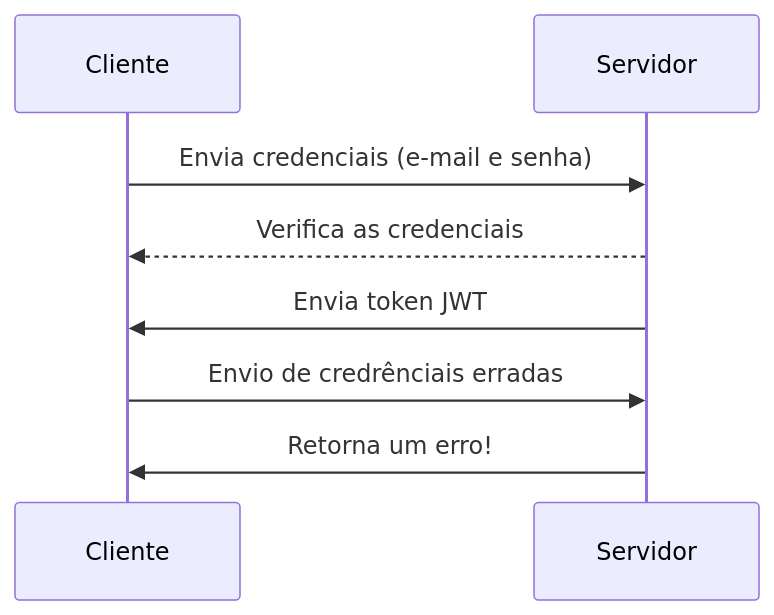
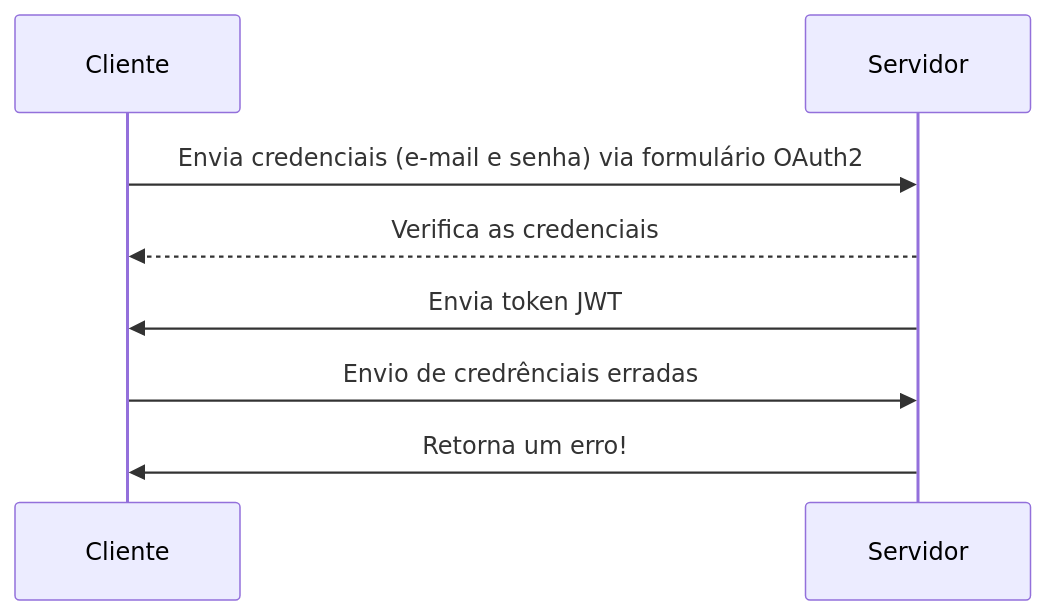
The first of 2 diagrams in slides/brutos/aula_05.md (dunossauro/fastapi-do-zero), drawn with Mermaid before and after one commit. The commit also changed other lines of this file and 1 other file, not shown here.

```diff
--- a/slides/brutos/aula_05.md
+++ b/slides/brutos/aula_05.md
@@ -108,10 +106,10 @@
 <div class="mermaid" style="text-align: center;">
 sequenceDiagram
   participant Cliente as Cliente
   participant Servidor as Servidor
-  Cliente ->> Servidor: Envia credenciais (e-mail e senha)
+  Cliente ->> Servidor: Envia credenciais (e-mail e senha) via formulário OAuth2
   Servidor -->> Cliente: Verifica as credenciais
   Servidor ->> Cliente: Envia token JWT
   Cliente ->> Servidor: Envio de credrênciais erradas
   Servidor ->> Cliente: Retorna um erro!
 </div>
```
